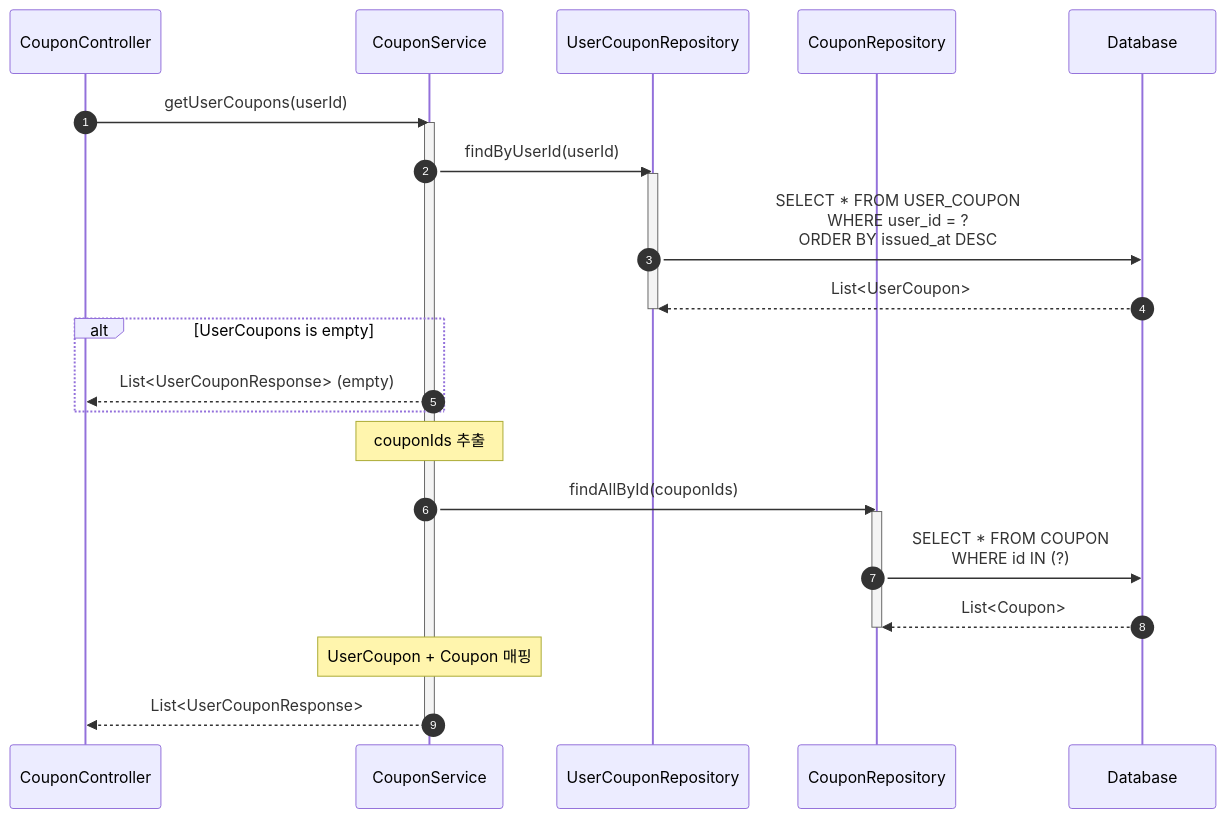
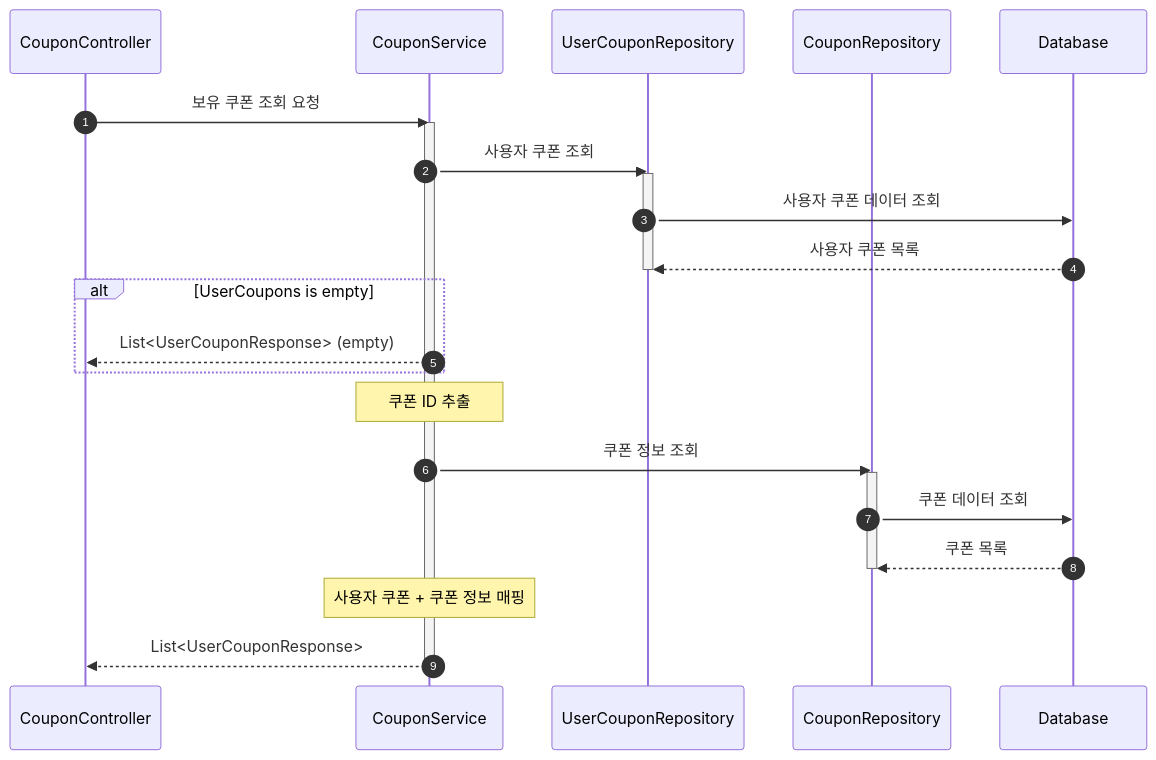
Diagram 13 of 16 in docs/api/api-specification.md (hye-ung97/hh-e-commerce), drawn with Mermaid before and after one commit. The commit also changed other lines of this file, not shown here.

Commit message:
fix: 시퀀스 다이어그램에서 함수 이름 -> 설명으로 변경

````diff
--- a/docs/api/api-specification.md
+++ b/docs/api/api-specification.md
@@ -720,35 +720,35 @@
 ```mermaid
 sequenceDiagram
     autonumber
     participant C as CouponController
     participant S as CouponService
     participant UCR as UserCouponRepository
     participant CR as CouponRepository
     participant DB as Database
 
-    C->>S: getUserCoupons(userId)
+    C->>S: 보유 쿠폰 조회 요청
     activate S
 
-    S->>UCR: findByUserId(userId)
+    S->>UCR: 사용자 쿠폰 조회
     activate UCR
-    UCR->>DB: SELECT * FROM USER_COUPON<br/>WHERE user_id = ?<br/>ORDER BY issued_at DESC
-    DB-->>UCR: List<UserCoupon>
+    UCR->>DB: 사용자 쿠폰 데이터 조회
+    DB-->>UCR: 사용자 쿠폰 목록
     deactivate UCR
 
     alt UserCoupons is empty
         S-->>C: List<UserCouponResponse> (empty)
     end
 
-    Note over S: couponIds 추출
+    Note over S: 쿠폰 ID 추출
 
-    S->>CR: findAllById(couponIds)
+    S->>CR: 쿠폰 정보 조회
     activate CR
-    CR->>DB: SELECT * FROM COUPON<br/>WHERE id IN (?)
-    DB-->>CR: List<Coupon>
+    CR->>DB: 쿠폰 데이터 조회
+    DB-->>CR: 쿠폰 목록
     deactivate CR
 
-    Note over S: UserCoupon + Coupon 매핑
+    Note over S: 사용자 쿠폰 + 쿠폰 정보 매핑
 
     S-->>C: List<UserCouponResponse>
     deactivate S
 ```
````
